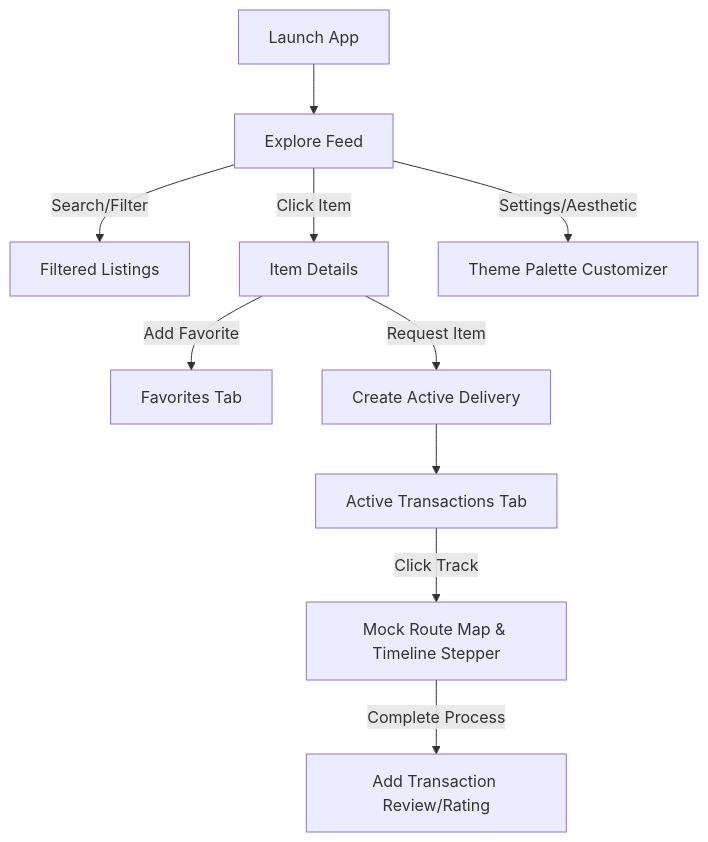
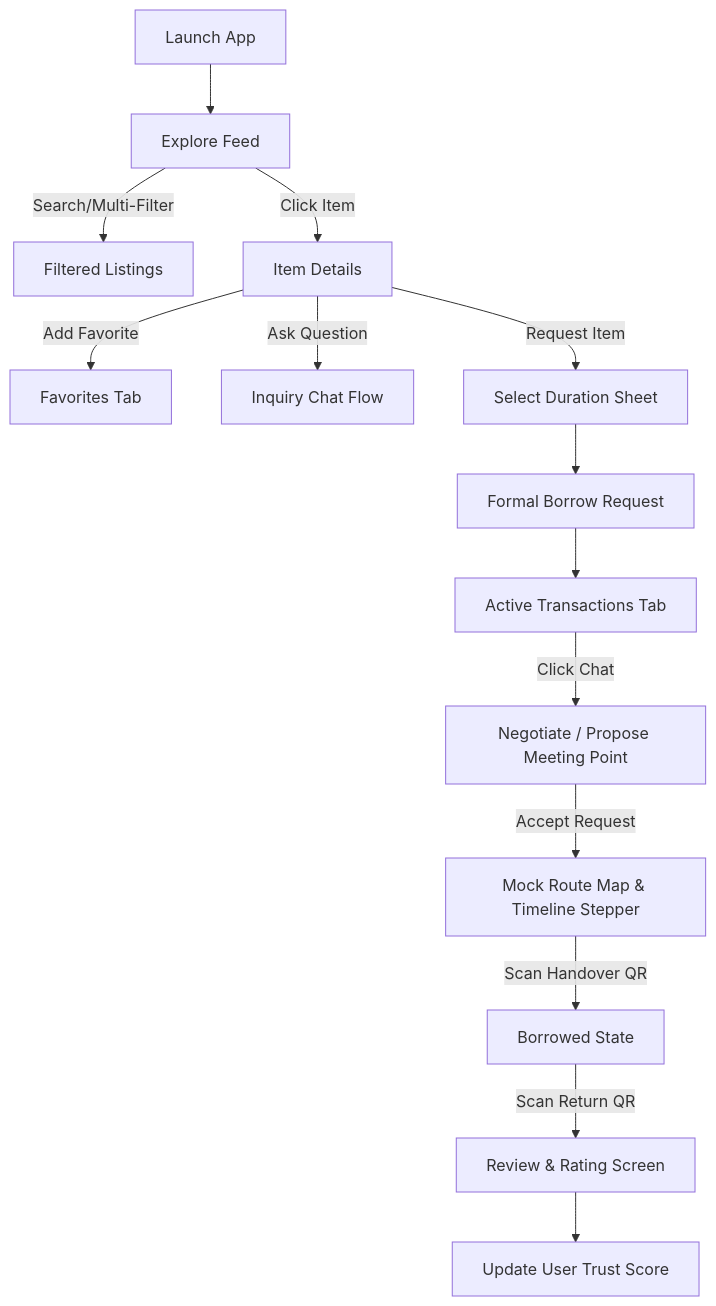
The diagram in README.md (ahmeteminoz/Emanetly), drawn with Mermaid before and after one commit. The commit also changed other lines of this file and 7 other files, not shown here.

Commit message:
Introduce PublicProfileScreen, link owner profile navigation, clean up legacy branding, and update README/Roadmap

````diff
--- a/README.md
+++ b/README.md
@@ -63,12 +87,16 @@
 ```mermaid
 graph TD
     A[Launch App] --> B[Explore Feed]
-    B -->|Search/Filter| C[Filtered Listings]
+    B -->|Search/Multi-Filter| C[Filtered Listings]
     B -->|Click Item| D[Item Details]
     D -->|Add Favorite| E[Favorites Tab]
-    D -->|Request Item| F[Create Active Delivery]
-    F --> G[Active Transactions Tab]
-    G -->|Click Track| H[Mock Route Map & Timeline Stepper]
-    H -->|Complete Process| I[Add Transaction Review/Rating]
-    B -->|Settings/Aesthetic| J[Theme Palette Customizer]
+    D -->|Ask Question| F[Inquiry Chat Flow]
+    D -->|Request Item| G[Select Duration Sheet]
+    G --> H[Formal Borrow Request]
+    H --> I[Active Transactions Tab]
+    I -->|Click Chat| J[Negotiate / Propose Meeting Point]
+    J -->|Accept Request| K[Mock Route Map & Timeline Stepper]
+    K -->|Scan Handover QR| L[Borrowed State]
+    L -->|Scan Return QR| M[Review & Rating Screen]
+    M --> N[Update User Trust Score]
 ```
````
